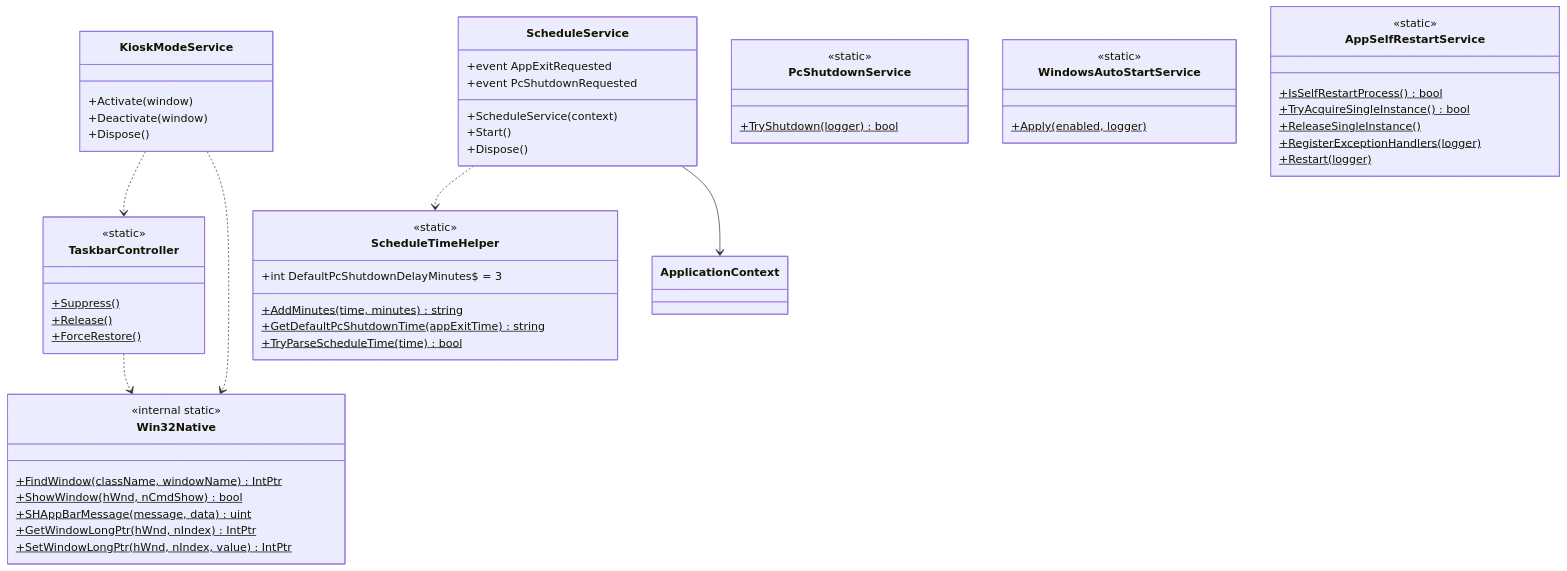
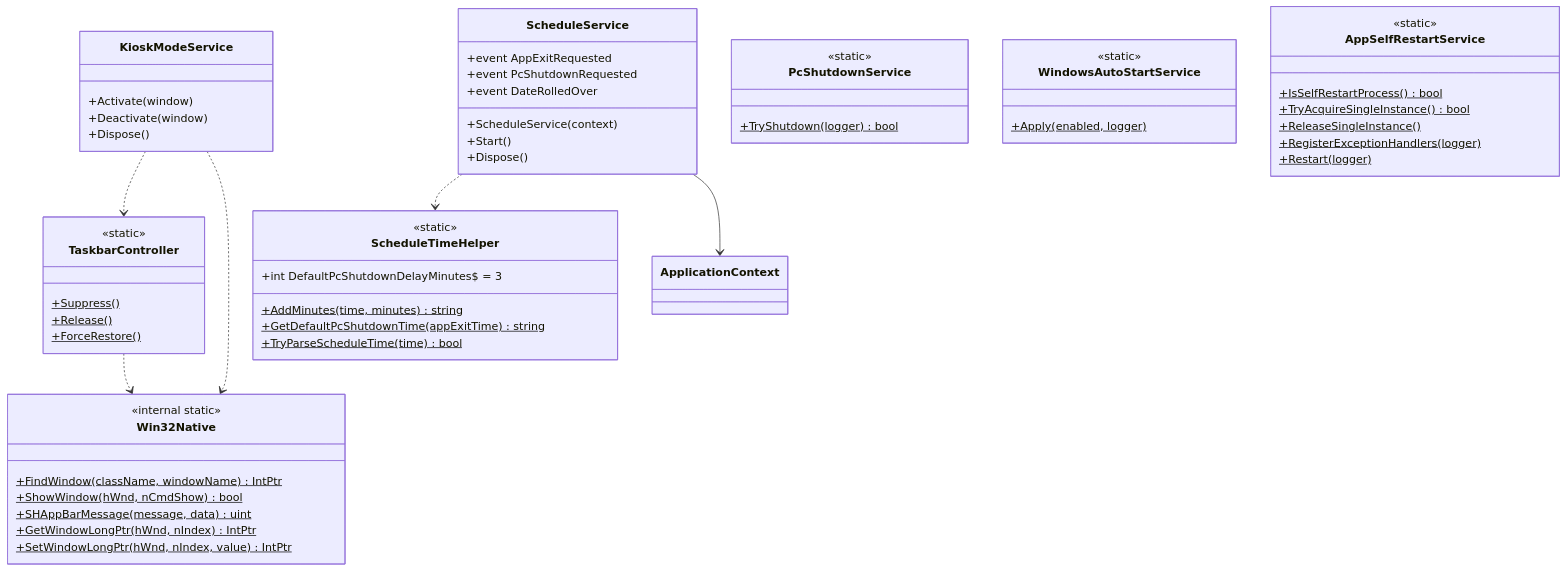
One commit to kamanori3/SimpleDigitalSignage changed the ninth of 9 diagrams in docs/クラス設計図.md. Above: the diagram before and after it, drawn with Mermaid. The commit also changed other lines of this file and 35 other files, not shown here.

````diff
--- a/docs/クラス設計図.md
+++ b/docs/クラス設計図.md
@@ -517,65 +556,66 @@
 ```mermaid
 classDiagram
   class KioskModeService {
     +Activate(window)
     +Deactivate(window)
     +Dispose()
   }
 
   class TaskbarController {
     <<static>>
     +Suppress()$
     +Release()$
     +ForceRestore()$
   }
 
   class ScheduleService {
     +event AppExitRequested
     +event PcShutdownRequested
+    +event DateRolledOver
     +ScheduleService(context)
     +Start()
     +Dispose()
   }
 
   class ScheduleTimeHelper {
     <<static>>
     +int DefaultPcShutdownDelayMinutes$ = 3
     +AddMinutes(time, minutes)$ string
     +GetDefaultPcShutdownTime(appExitTime)$ string
     +TryParseScheduleTime(time)$ bool
   }
 
   class PcShutdownService {
     <<static>>
     +TryShutdown(logger)$ bool
   }
 
   class WindowsAutoStartService {
     <<static>>
     +Apply(enabled, logger)$
   }
 
   class AppSelfRestartService {
     <<static>>
     +IsSelfRestartProcess()$ bool
     +TryAcquireSingleInstance()$ bool
     +ReleaseSingleInstance()$
     +RegisterExceptionHandlers(logger)$
     +Restart(logger)$
   }
 
   class Win32Native {
     <<internal static>>
     +FindWindow(className, windowName)$ IntPtr
     +ShowWindow(hWnd, nCmdShow)$ bool
     +SHAppBarMessage(message, data)$ uint
     +GetWindowLongPtr(hWnd, nIndex)$ IntPtr
     +SetWindowLongPtr(hWnd, nIndex, value)$ IntPtr
   }
 
   KioskModeService ..> TaskbarController
   KioskModeService ..> Win32Native
   TaskbarController ..> Win32Native
   ScheduleService ..> ScheduleTimeHelper
   ScheduleService --> ApplicationContext
 ```
````
